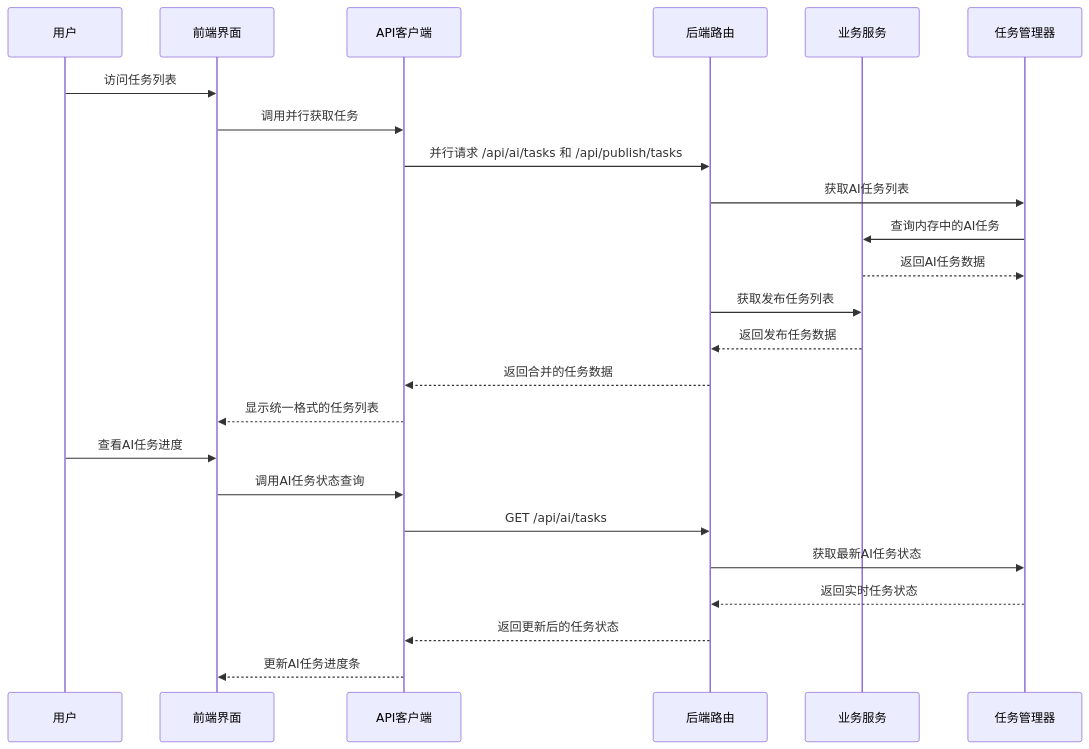
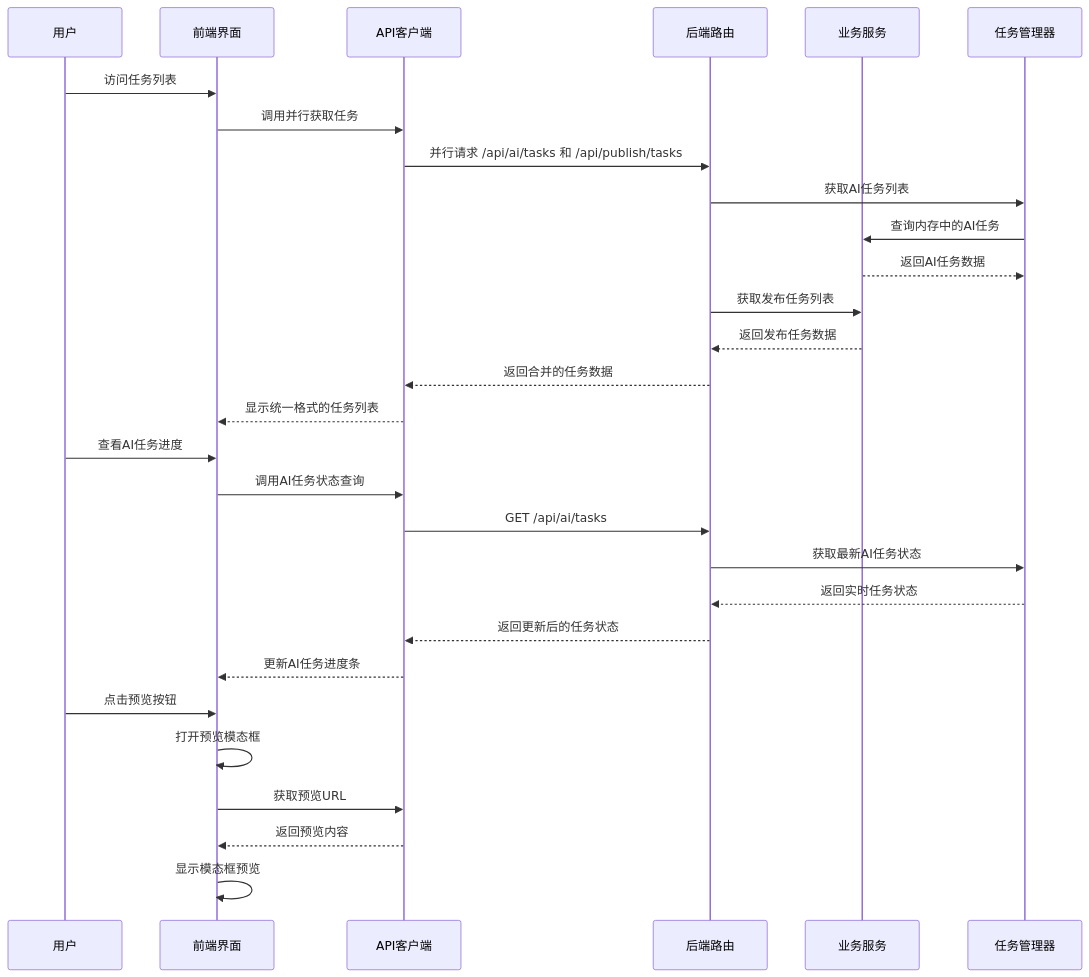
The second of 21 diagrams in .qoder/repowiki/zh/content/核心模块详解/Web界面系统/AI创作页面.md (songdiyang/clawOperations), drawn with Mermaid before and after one commit. The commit also changed other lines of this file and 2 other files, not shown here.

````diff
--- a/.qoder/repowiki/zh/content/核心模块详解/Web界面系统/AI创作页面.md
+++ b/.qoder/repowiki/zh/content/核心模块详解/Web界面系统/AI创作页面.md
@@ -120,26 +127,31 @@
 ```mermaid
 sequenceDiagram
 participant User as 用户
 participant UI as 前端界面
 participant API as API客户端
 participant Router as 后端路由
 participant Service as 业务服务
 participant TaskManager as 任务管理器
 User->>UI : 访问任务列表
 UI->>API : 调用并行获取任务
 API->>Router : 并行请求 /api/ai/tasks 和 /api/publish/tasks
 Router->>TaskManager : 获取AI任务列表
 TaskManager->>Service : 查询内存中的AI任务
 Service-->>TaskManager : 返回AI任务数据
 Router->>Service : 获取发布任务列表
 Service-->>Router : 返回发布任务数据
 Router-->>API : 返回合并的任务数据
 API-->>UI : 显示统一格式的任务列表
 User->>UI : 查看AI任务进度
 UI->>API : 调用AI任务状态查询
 API->>Router : GET /api/ai/tasks
 Router->>TaskManager : 获取最新AI任务状态
 TaskManager-->>Router : 返回实时任务状态
 Router-->>API : 返回更新后的任务状态
 API-->>UI : 更新AI任务进度条
+User->>UI : 点击预览按钮
+UI->>UI : 打开预览模态框
+UI->>API : 获取预览URL
+API-->>UI : 返回预览内容
+UI->>UI : 显示模态框预览
 ```
````
